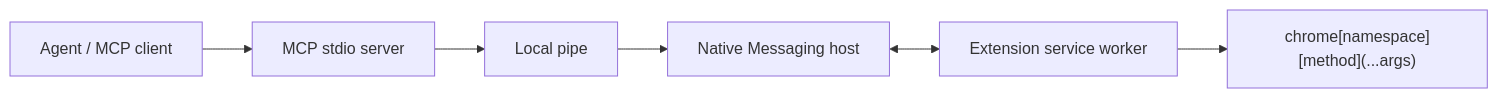
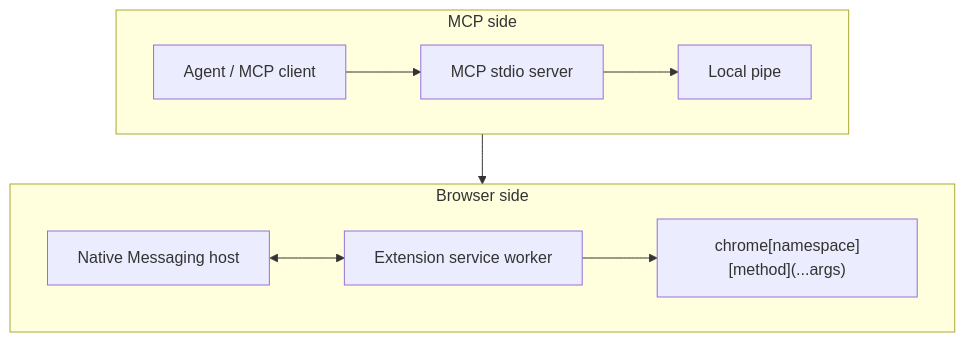
The diagram in README.md (luis-codex/atlas-browser-connect), drawn with Mermaid before and after one commit.

Commit message:
Compact README architecture diagram

````diff
--- a/README.md
+++ b/README.md
@@ -23,15 +23,21 @@
 ```mermaid
-flowchart LR
+flowchart TB
   agent["Agent / MCP client"]
   mcp["MCP stdio server"]
   pipe["Local pipe"]
   host["Native Messaging host"]
   worker["Extension service worker"]
   chrome["chrome[namespace][method](...args)"]
 
-  agent --> mcp
-  mcp --> pipe
+  subgraph client["MCP side"]
+    direction LR
+    agent --> mcp --> pipe
+  end
+
+  subgraph browser["Browser side"]
+    direction LR
+    host <--> worker --> chrome
+  end
+
   pipe --> host
-  host <--> worker
-  worker --> chrome
 ```
````
